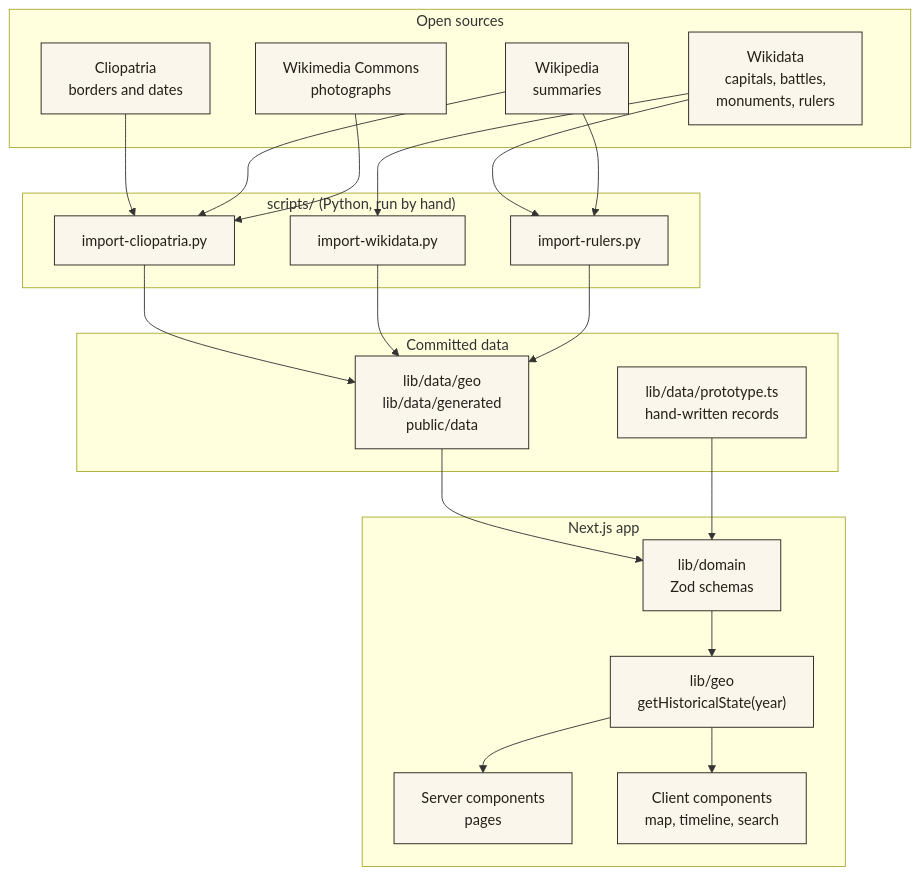
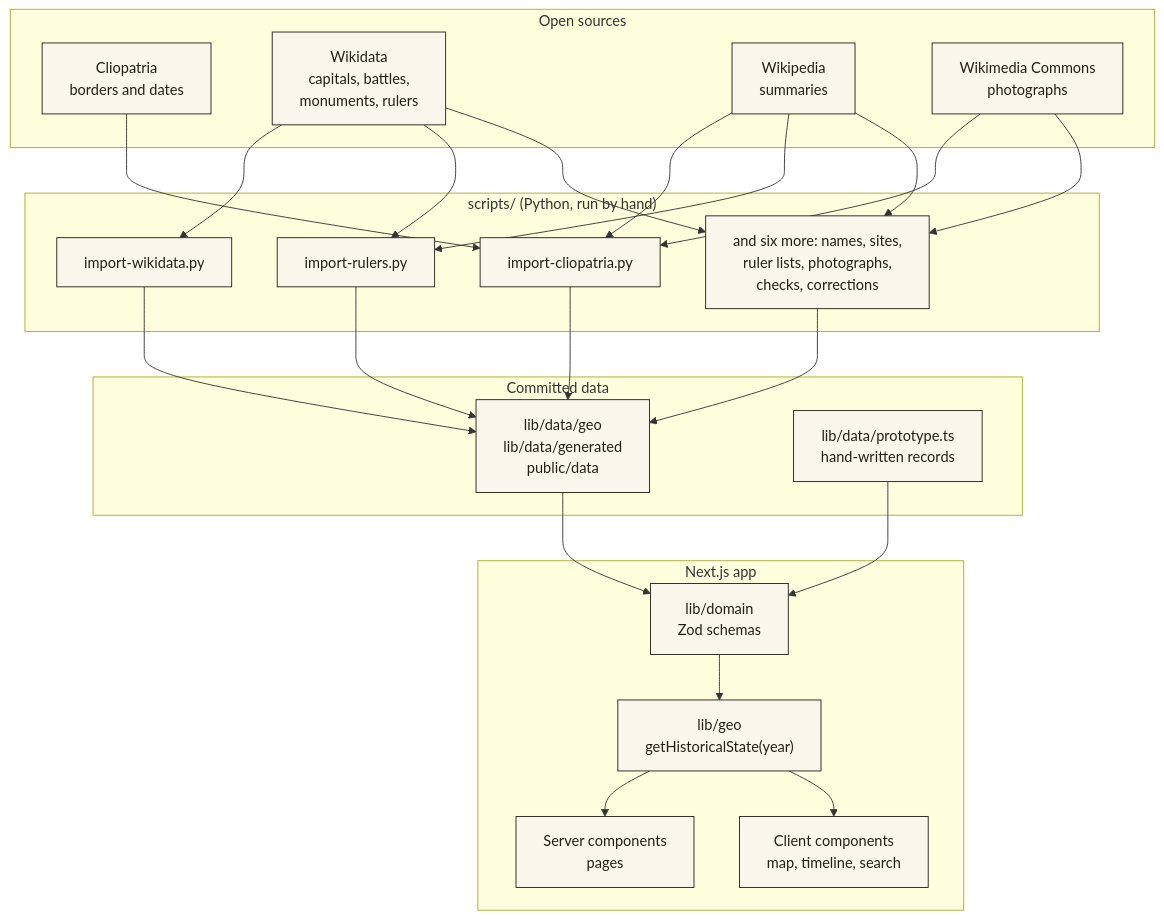
The second of 2 diagrams in README.md (varunaditya27/BHAARATA), drawn with Mermaid before and after one commit. The commit also changed other lines of this file and 12 other files, not shown here.

````diff
--- a/README.md
+++ b/README.md
@@ -150,45 +151,50 @@
 ```mermaid
 flowchart TB
     subgraph SRC["Open sources"]
         C["Cliopatria<br/>borders and dates"]
         W["Wikidata<br/>capitals, battles,<br/>monuments, rulers"]
         P["Wikipedia<br/>summaries"]
         M["Wikimedia Commons<br/>photographs"]
     end
 
     subgraph IMP["scripts/ (Python, run by hand)"]
         I1["import-cliopatria.py"]
         I2["import-wikidata.py"]
         I3["import-rulers.py"]
+        I4["and six more: names, sites,<br/>ruler lists, photographs,<br/>checks, corrections"]
     end
 
     subgraph DATA["Committed data"]
         G["lib/data/geo<br/>lib/data/generated<br/>public/data"]
         H["lib/data/prototype.ts<br/>hand-written records"]
     end
 
     subgraph APP["Next.js app"]
         D["lib/domain<br/>Zod schemas"]
         S["lib/geo<br/>getHistoricalState(year)"]
         SC["Server components<br/>pages"]
         CC["Client components<br/>map, timeline, search"]
     end
 
     C --> I1
     P --> I1
     M --> I1
     W --> I2
     W --> I3
     P --> I3
+    W --> I4
+    P --> I4
+    M --> I4
     I1 --> G
     I2 --> G
     I3 --> G
+    I4 --> G
     G --> D
     H --> D
     D --> S
     S --> SC
     S --> CC
 
     classDef box fill:#faf6ec,stroke:#241f17,color:#241f17;
-    class C,W,P,M,I1,I2,I3,G,H,D,S,SC,CC box;
+    class C,W,P,M,I1,I2,I3,I4,G,H,D,S,SC,CC box;
 ```
````
